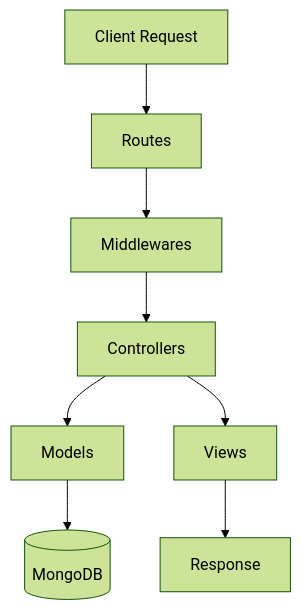
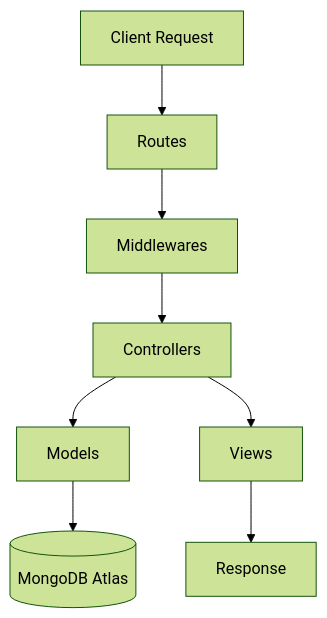
Before and after one commit to Ajai-3/glowly.com-2025: the diagram in README.md, drawn with Mermaid (forest theme). The commit also changed other lines of this file and 4 other files, not shown here.

````diff
--- a/README.md
+++ b/README.md
@@ -48,10 +81,10 @@
 ```mermaid
 graph TD
     A[Client Request] --> B[Routes]
     B --> C[Middlewares]
     C --> D[Controllers]
     D --> E[Models]
-    E --> F[(MongoDB)]
+    E --> F[(MongoDB Atlas)]
     D --> G[Views]
     G --> H[Response]
 ```
````
